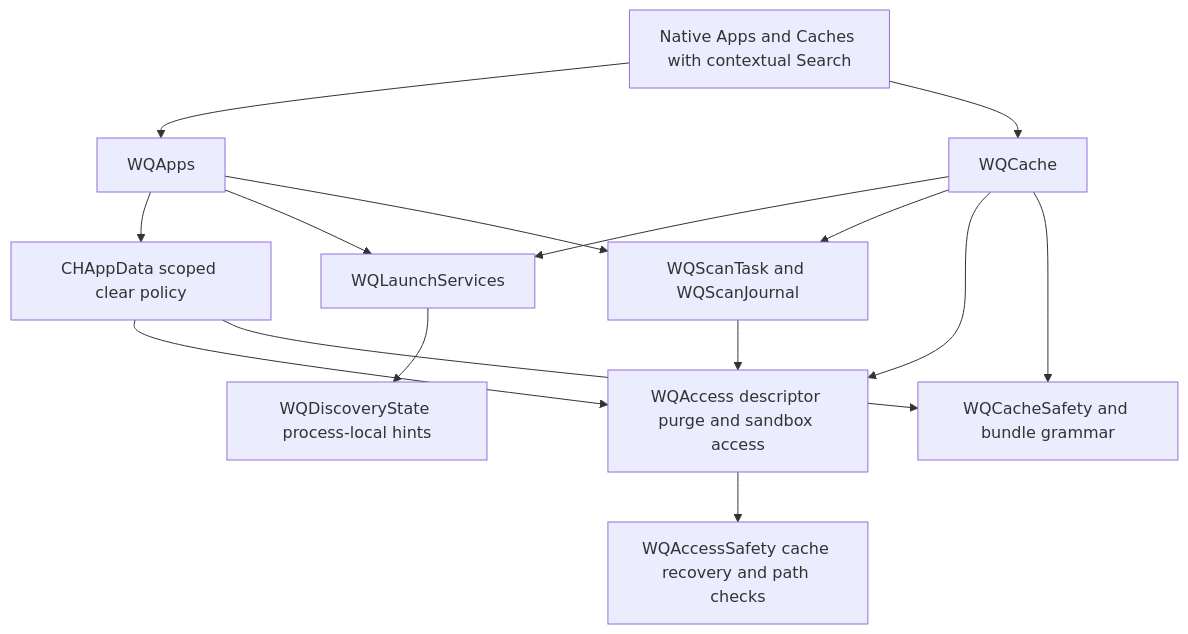
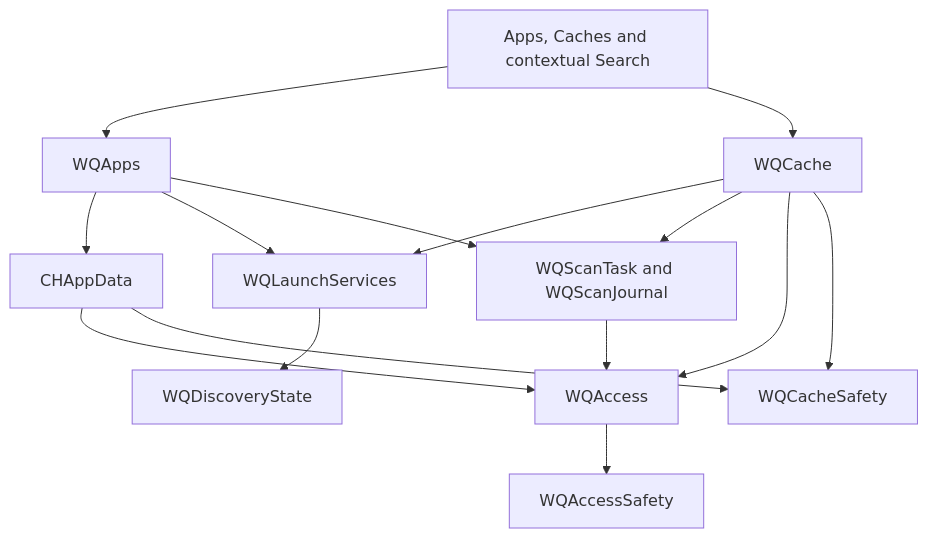
The diagram in ARCHITECTURE.md (micknorj/charony), drawn with Mermaid before and after one commit. The commit also changed other lines of this file and 9 other files, not shown here.

````diff
--- a/ARCHITECTURE.md
+++ b/ARCHITECTURE.md
@@ -5,17 +7,17 @@
 ```mermaid
 flowchart TD
-    Tabs[Native Apps and Caches with contextual Search] --> Apps[WQApps]
-    Tabs --> Cache[WQCache]
-    Apps --> Clear[CHAppData scoped clear policy]
-    Apps --> Names[WQLaunchServices]
-    Cache --> Names
-    Apps --> Tasks[WQScanTask and WQScanJournal]
-    Cache --> Tasks
-    Clear --> Access[WQAccess descriptor purge and sandbox access]
-    Cache --> Access
-    Tasks --> Access
-    Access --> Safety[WQAccessSafety cache recovery and path checks]
-    Clear --> Boundaries[WQCacheSafety and bundle grammar]
-    Cache --> Boundaries
-    Names --> Memory[WQDiscoveryState process-local hints]
+    Tabs[Apps, Caches and contextual Search] --> Apps[WQApps]
+    Tabs --> Caches[WQCache]
+    Apps --> Clear[CHAppData]
+    Apps --> Identity[WQLaunchServices]
+    Caches --> Identity
+    Apps --> Scan[WQScanTask and WQScanJournal]
+    Caches --> Scan
+    Clear --> Access[WQAccess]
+    Caches --> Access
+    Scan --> Access
+    Access --> Recovery[WQAccessSafety]
+    Clear --> Boundaries[WQCacheSafety]
+    Caches --> Boundaries
+    Identity --> Hints[WQDiscoveryState]
 ```
````
